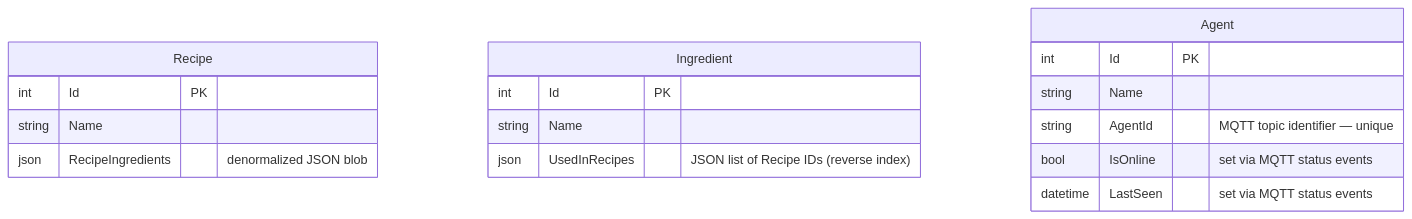
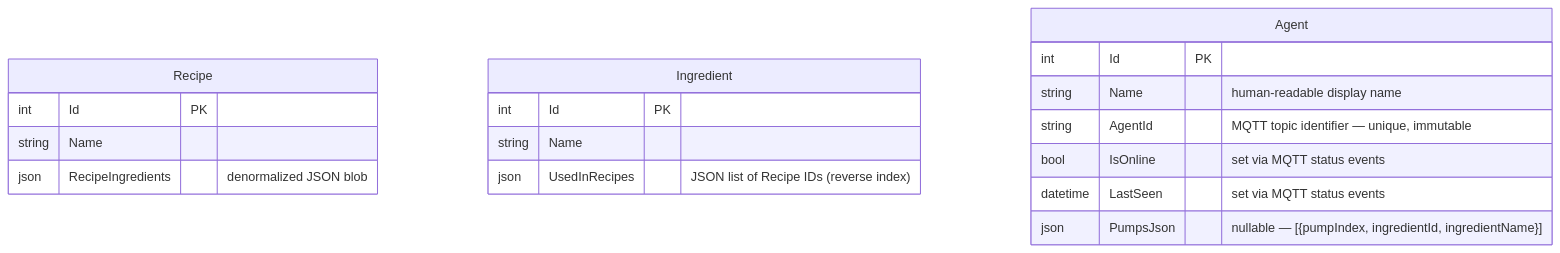
The eighth of 8 diagrams in docs/architecture.md (codeiakofficial/cocktailmaker), drawn with Mermaid before and after one commit. The commit also changed other lines of this file and 30 other files, not shown here.

First line of the commit message:
feat: Manage Agents page — rename, pump-ingredient mapping, persist config on agent (T28)

````diff
--- a/docs/architecture.md
+++ b/docs/architecture.md
@@ -102,20 +165,21 @@
 ```mermaid
 erDiagram
     Recipe {
         int     Id                  PK
         string  Name
         json    RecipeIngredients   "denormalized JSON blob"
     }
     Ingredient {
         int     Id              PK
         string  Name
         json    UsedInRecipes   "JSON list of Recipe IDs (reverse index)"
     }
     Agent {
-        int     Id          PK
-        string  Name
-        string  AgentId     "MQTT topic identifier — unique"
-        bool    IsOnline    "set via MQTT status events"
-        datetime LastSeen   "set via MQTT status events"
+        int      Id          PK
+        string   Name        "human-readable display name"
+        string   AgentId     "MQTT topic identifier — unique, immutable"
+        bool     IsOnline    "set via MQTT status events"
+        datetime LastSeen    "set via MQTT status events"
+        json     PumpsJson   "nullable — [{pumpIndex, ingredientId, ingredientName}]"
     }
 ```
````
